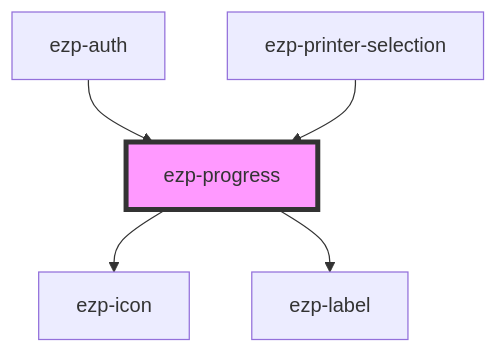
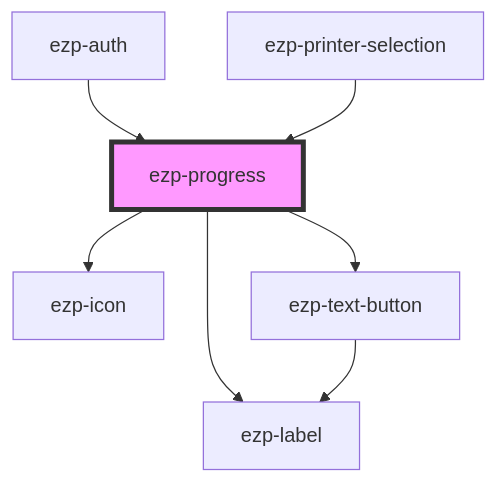
Before and after one commit to ezeep/ezeep-js: the diagram in src/components/ezp-progress/readme.md, drawn with Mermaid. The commit also changed other lines of this file and 5 other files, not shown here.

````diff
--- a/src/components/ezp-progress/readme.md
+++ b/src/components/ezp-progress/readme.md
@@ -27,8 +40,10 @@
 ```mermaid
 graph TD;
   ezp-progress --> ezp-icon
   ezp-progress --> ezp-label
+  ezp-progress --> ezp-text-button
+  ezp-text-button --> ezp-label
   ezp-auth --> ezp-progress
   ezp-printer-selection --> ezp-progress
   style ezp-progress fill:#f9f,stroke:#333,stroke-width:4px
 ```
````
